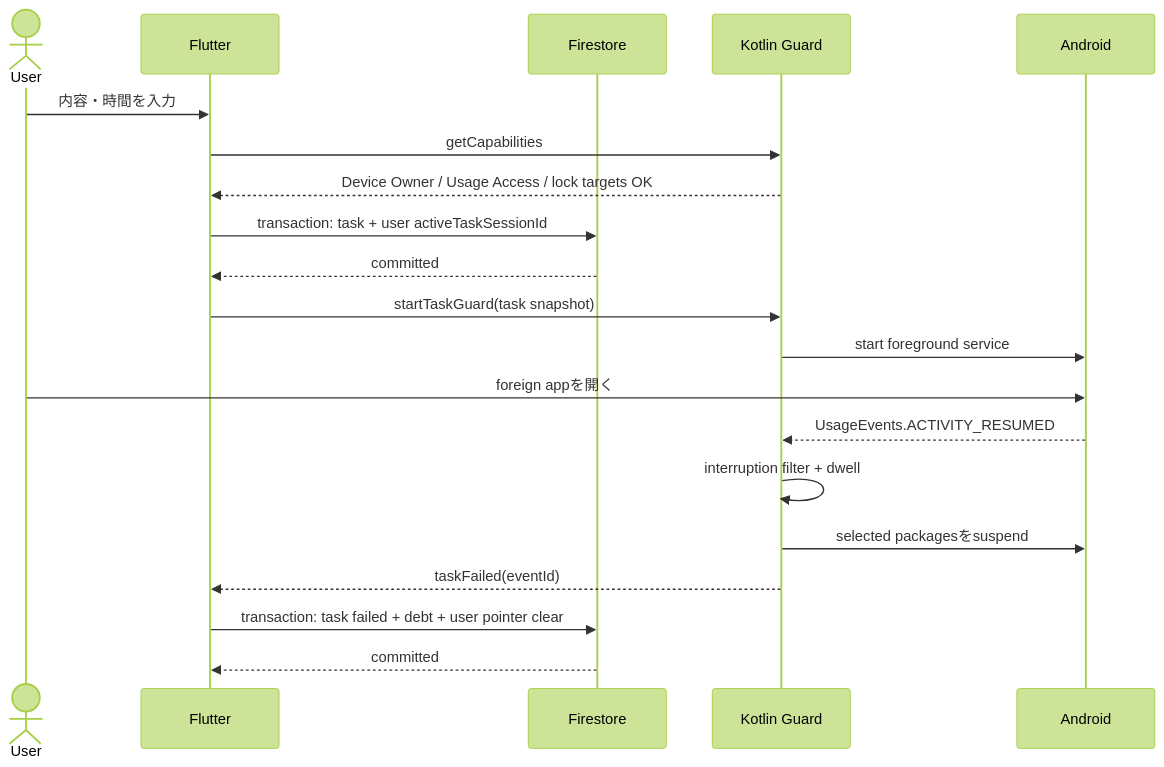
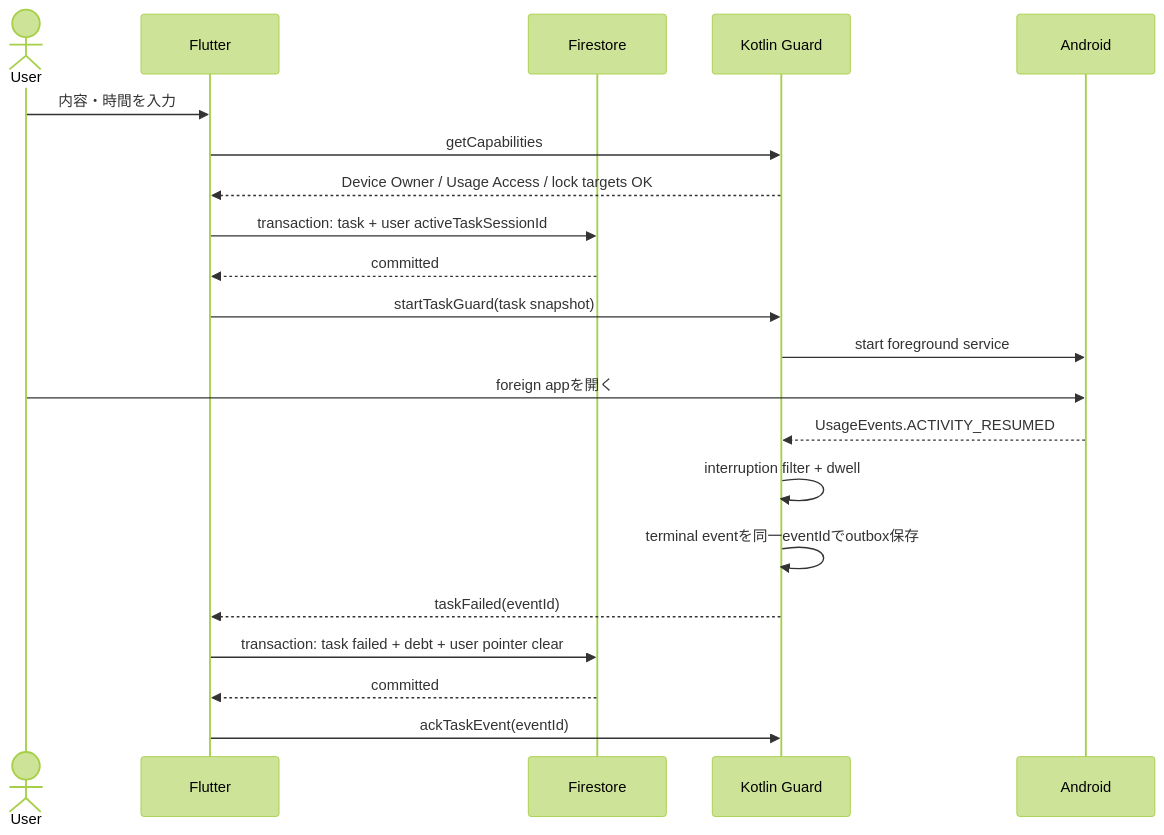
The third of 5 diagrams in docs/architecture.md (kren-team/MICHIZURE), drawn with Mermaid (forest theme) before and after one commit. The commit also changed other lines of this file and 10 other files, not shown here.

````diff
--- a/docs/architecture.md
+++ b/docs/architecture.md
@@ -179,23 +179,24 @@
 ```mermaid
 sequenceDiagram
     actor User
     participant Flutter
     participant Firestore
     participant Native as Kotlin Guard
     participant Android
 
     User->>Flutter: 内容・時間を入力
     Flutter->>Native: getCapabilities
     Native-->>Flutter: Device Owner / Usage Access / lock targets OK
     Flutter->>Firestore: transaction: task + user activeTaskSessionId
     Firestore-->>Flutter: committed
     Flutter->>Native: startTaskGuard(task snapshot)
     Native->>Android: start foreground service
     User->>Android: foreign appを開く
     Android-->>Native: UsageEvents.ACTIVITY_RESUMED
     Native->>Native: interruption filter + dwell
-    Native->>Android: selected packagesをsuspend
+    Native->>Native: terminal eventを同一eventIdでoutbox保存
     Native-->>Flutter: taskFailed(eventId)
     Flutter->>Firestore: transaction: task failed + debt + user pointer clear
     Firestore-->>Flutter: committed
+    Flutter->>Native: ackTaskEvent(eventId)
 ```
````
